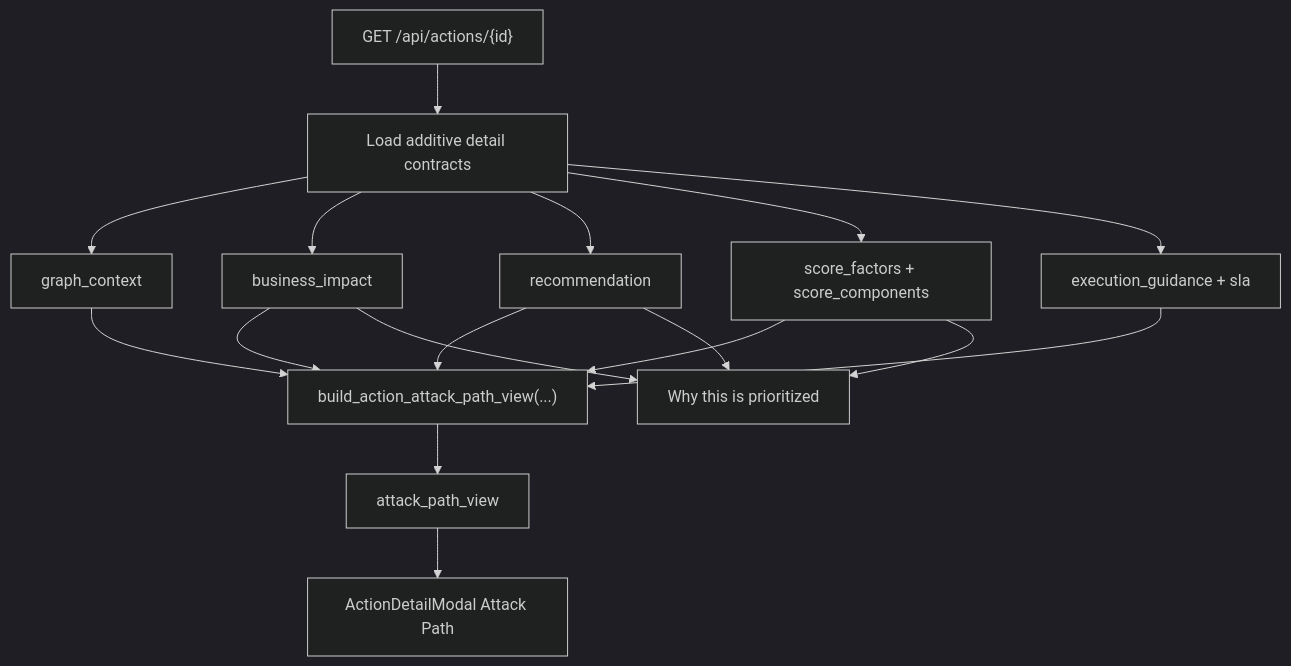
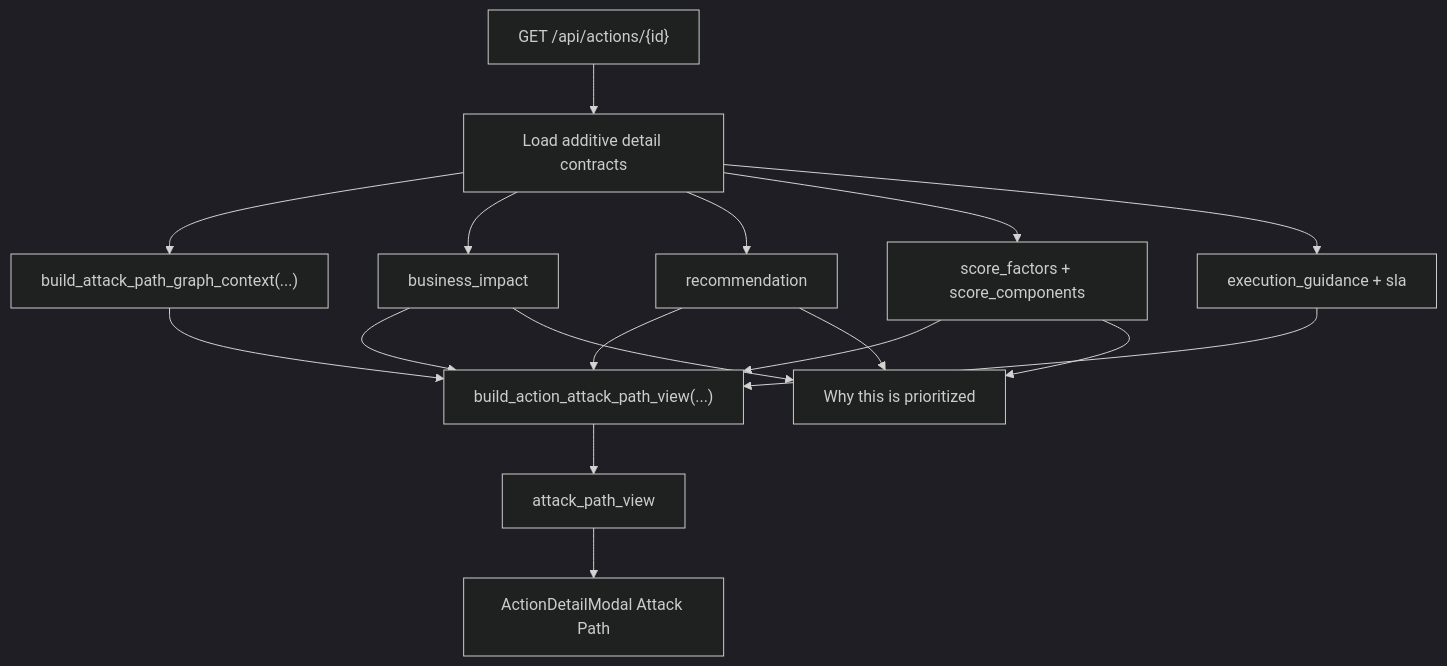
Before and after one commit to marcoIbrahim0/awsautopilot: the diagram in docs/features/attack-path-view.md, drawn with Mermaid (dark theme). The commit also changed other lines of this file and 3485 other files, not shown here.

````diff
--- a/docs/features/attack-path-view.md
+++ b/docs/features/attack-path-view.md
@@ -108,19 +143,19 @@
 ```mermaid
 flowchart TD
     A["GET /api/actions/{id}"] --> B["Load additive detail contracts"]
-    B --> C["graph_context"]
+    B --> C["build_attack_path_graph_context(...)"]
     B --> D["business_impact"]
     B --> E["recommendation"]
     B --> F["score_factors + score_components"]
     B --> G["execution_guidance + sla"]
     C --> H["build_action_attack_path_view(...)"]
     D --> H
     E --> H
     F --> H
     G --> H
     H --> I["attack_path_view"]
     I --> J["ActionDetailModal Attack Path"]
     F --> K["Why this is prioritized"]
     D --> K
     E --> K
 ```
````
